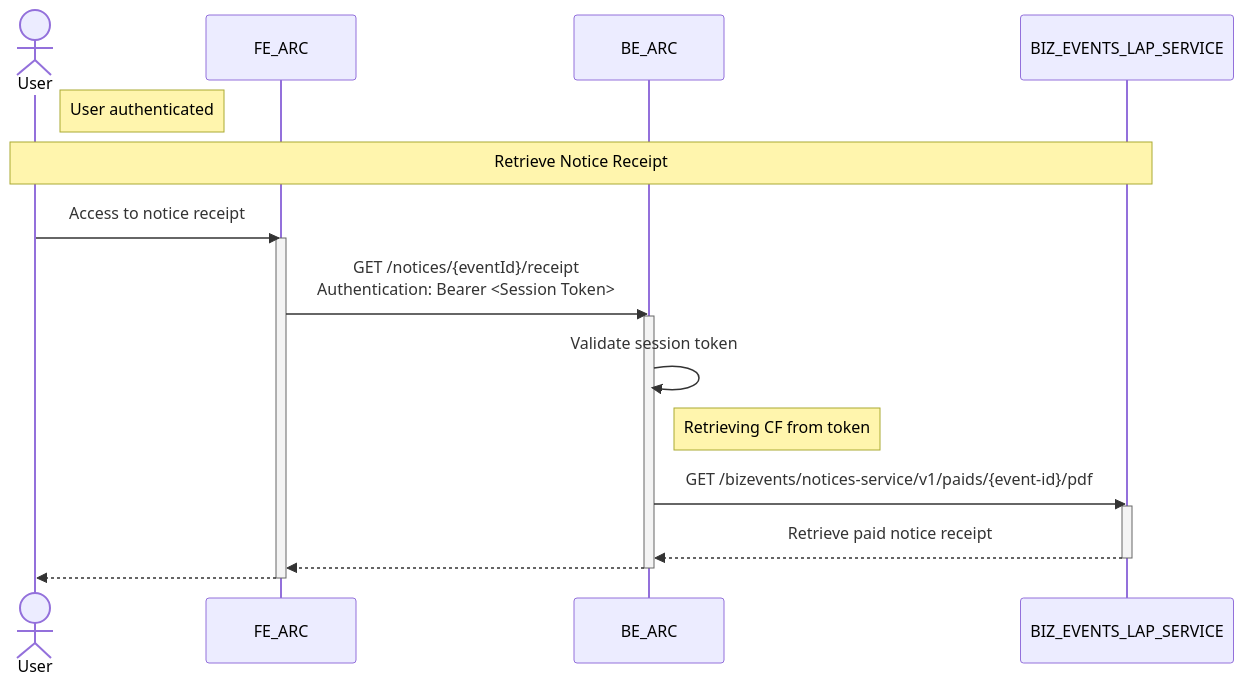
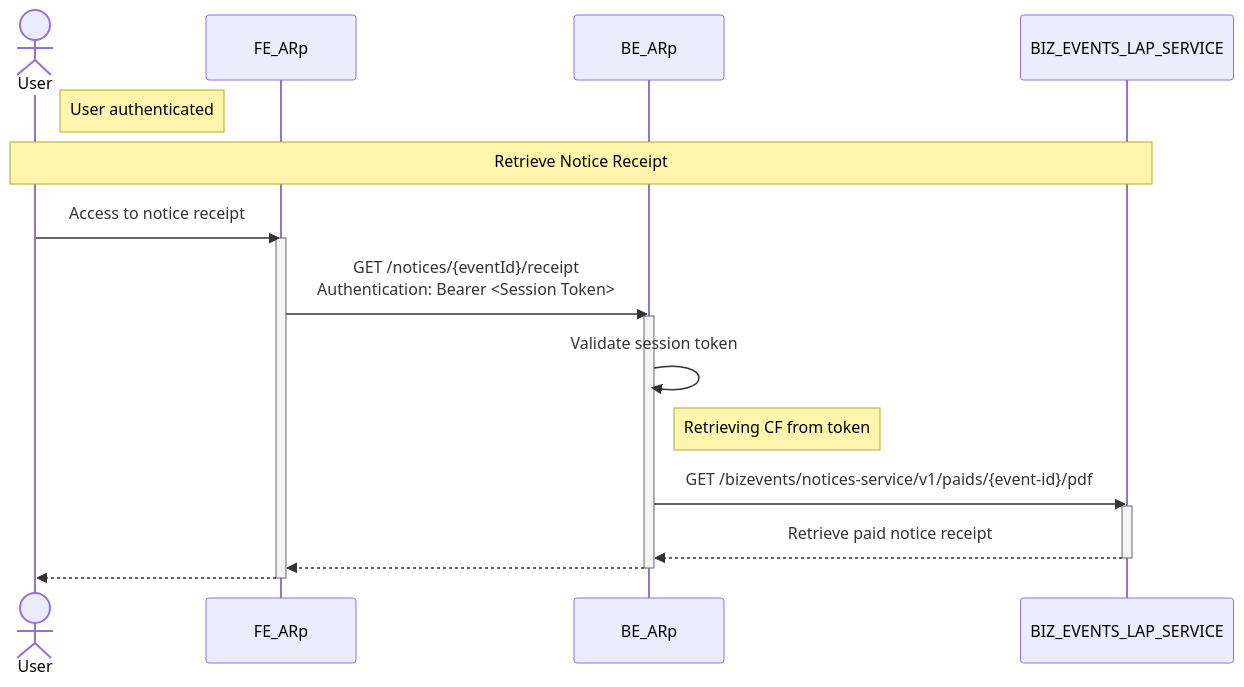
Before and after one commit to pagopa/arc-doc: the diagram in design/arc/notices/sequence_diagram_notice_receipt.mmd, drawn with Mermaid. The commit also changed 2 other files, not shown here.

Commit message:
P4PU-584 updated sequence diagram

```diff
--- a/design/arc/notices/sequence_diagram_notice_receipt.mmd
+++ b/design/arc/notices/sequence_diagram_notice_receipt.mmd
@@ -1,22 +1,22 @@
 sequenceDiagram
 actor User
-participant FE_ARC
-participant BE_ARC
+participant FE_ARp
+participant BE_ARp
 participant BIZ_EVENTS_LAP_SERVICE
 
 note right of User: User authenticated
 note over User, BIZ_EVENTS_LAP_SERVICE : Retrieve Notice Receipt
-    User ->> FE_ARC : Access to notice receipt
-    activate FE_ARC
-        FE_ARC ->> BE_ARC : GET /notices/{eventId}/receipt <br> Authentication: Bearer <Session Token>
-        activate BE_ARC
-            BE_ARC ->> BE_ARC : Validate session token
-            note right of BE_ARC : Retrieving CF from token
-            BE_ARC ->> BIZ_EVENTS_LAP_SERVICE : GET /bizevents/notices-service/v1/paids/{event-id}/pdf
+    User ->> FE_ARp : Access to notice receipt
+    activate FE_ARp
+        FE_ARp ->> BE_ARp : GET /notices/{eventId}/receipt <br> Authentication: Bearer <Session Token>
+        activate BE_ARp
+            BE_ARp ->> BE_ARp : Validate session token
+            note right of BE_ARp : Retrieving CF from token
+            BE_ARp ->> BIZ_EVENTS_LAP_SERVICE : GET /bizevents/notices-service/v1/paids/{event-id}/pdf
             activate BIZ_EVENTS_LAP_SERVICE
-                BIZ_EVENTS_LAP_SERVICE -->> BE_ARC : Retrieve paid notice receipt
+                BIZ_EVENTS_LAP_SERVICE -->> BE_ARp : Retrieve paid notice receipt
             deactivate BIZ_EVENTS_LAP_SERVICE
-            BE_ARC -->> FE_ARC : #
-        deactivate BE_ARC
-        FE_ARC -->> User: #
-    deactivate FE_ARC
+            BE_ARp -->> FE_ARp : #
+        deactivate BE_ARp
+        FE_ARp -->> User: #
+    deactivate FE_ARp
```
